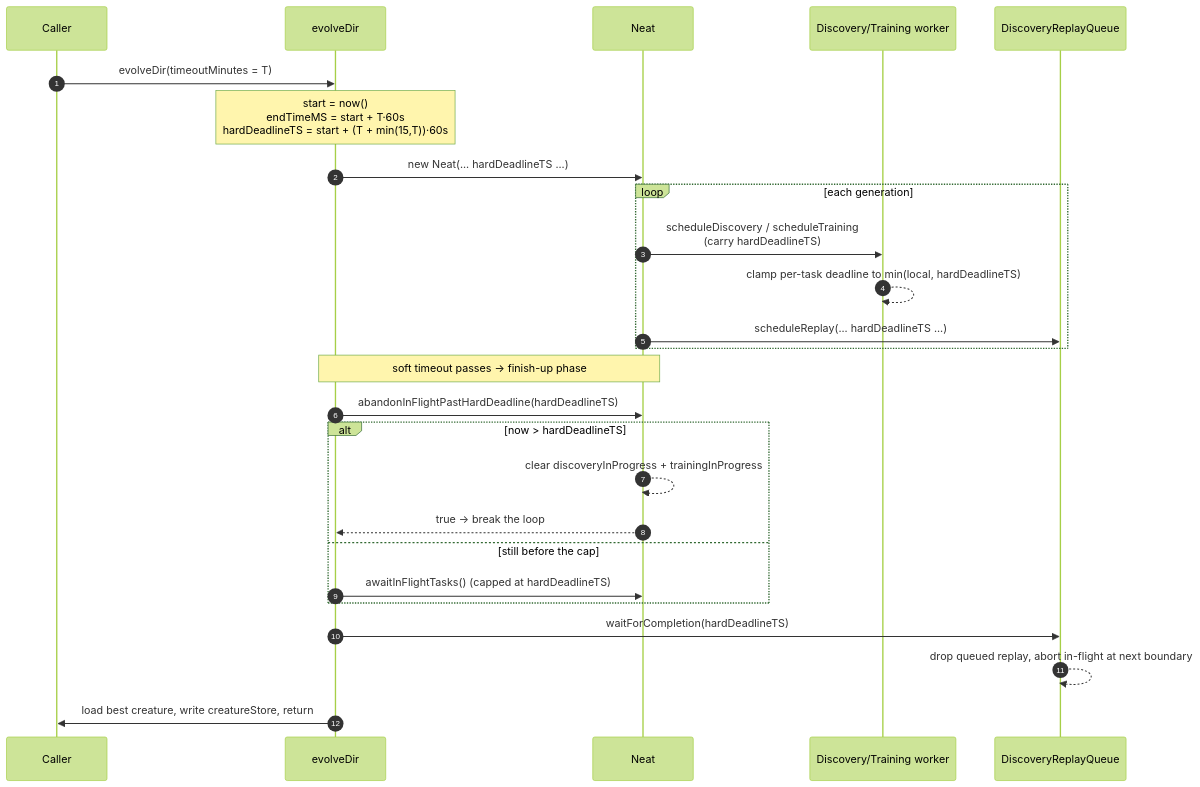
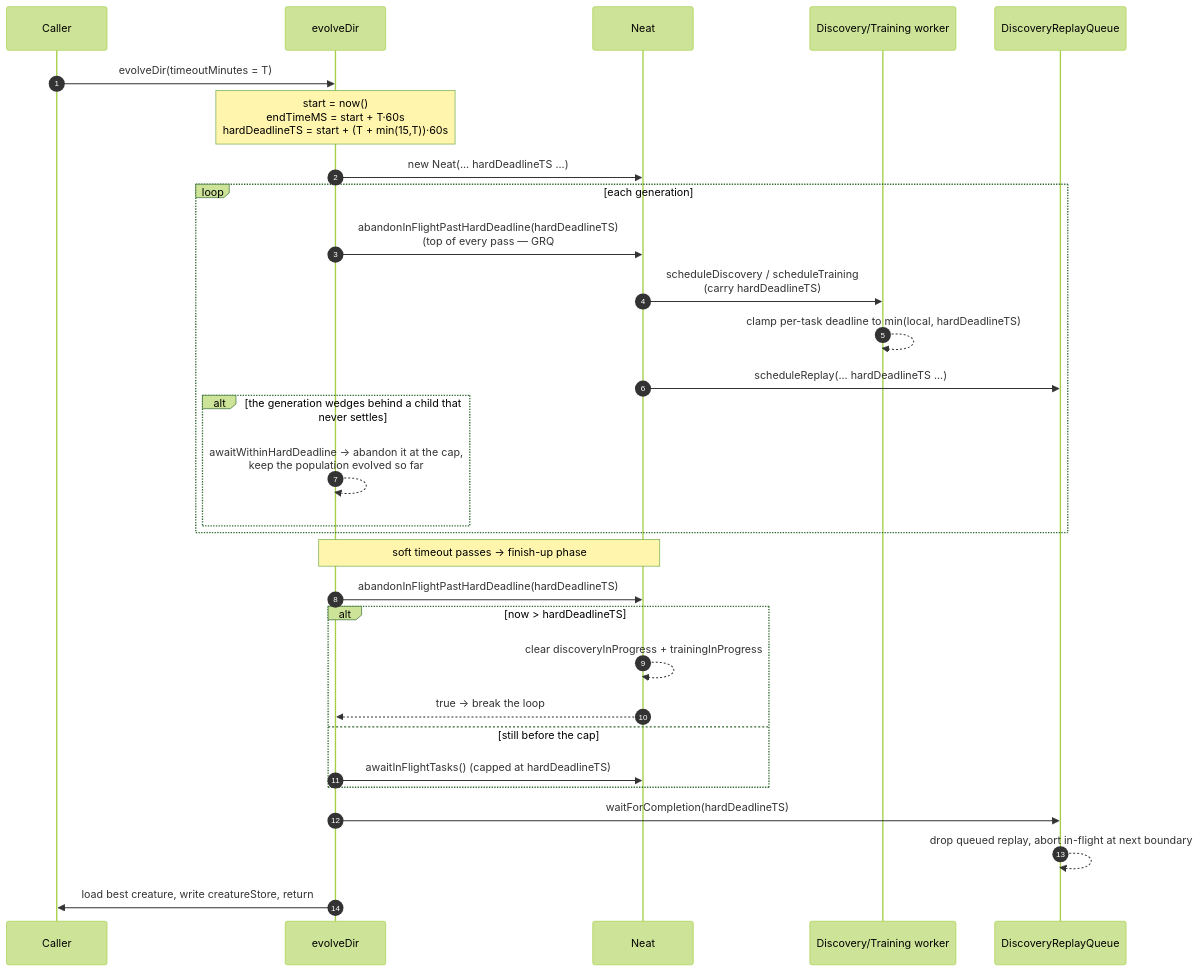
The diagram in docs/TIMEOUTS.md (stSoftwareAU/NEAT-AI), drawn with Mermaid (forest theme) before and after one commit. The commit also changed other lines of this file and 7 other files, not shown here.

First line of the commit message:
evolveDir ends at its own hard deadline when a child never settles (GRQ #4470) (#3936)

````diff
--- a/docs/TIMEOUTS.md
+++ b/docs/TIMEOUTS.md
@@ -109,32 +122,36 @@
 ```mermaid
 sequenceDiagram
     autonumber
     participant Caller
     participant evolveDir
     participant Neat
     participant Worker as Discovery/Training worker
     participant Replay as DiscoveryReplayQueue
 
     Caller->>evolveDir: evolveDir(timeoutMinutes = T)
     Note over evolveDir: start = now()<br/>endTimeMS = start + T·60s<br/>hardDeadlineTS = start + (T + min(15,T))·60s
     evolveDir->>Neat: new Neat(... hardDeadlineTS ...)
 
     loop each generation
+        evolveDir->>Neat: abandonInFlightPastHardDeadline(hardDeadlineTS)<br/>(top of every pass — GRQ #4470)
         Neat->>Worker: scheduleDiscovery / scheduleTraining<br/>(carry hardDeadlineTS)
         Worker-->>Worker: clamp per-task deadline to min(local, hardDeadlineTS)
         Neat->>Replay: scheduleReplay(... hardDeadlineTS ...)
+        alt the generation wedges behind a child that never settles
+            evolveDir-->>evolveDir: awaitWithinHardDeadline → abandon it at the cap,<br/>keep the population evolved so far
+        end
     end
 
     Note over evolveDir,Neat: soft timeout passes → finish-up phase
     evolveDir->>Neat: abandonInFlightPastHardDeadline(hardDeadlineTS)
     alt now > hardDeadlineTS
         Neat-->>Neat: clear discoveryInProgress + trainingInProgress
         Neat-->>evolveDir: true → break the loop
     else still before the cap
         evolveDir->>Neat: awaitInFlightTasks() (capped at hardDeadlineTS)
     end
 
     evolveDir->>Replay: waitForCompletion(hardDeadlineTS)
     Replay-->>Replay: drop queued replay, abort in-flight at next boundary
     evolveDir->>Caller: load best creature, write creatureStore, return
 ```
````
